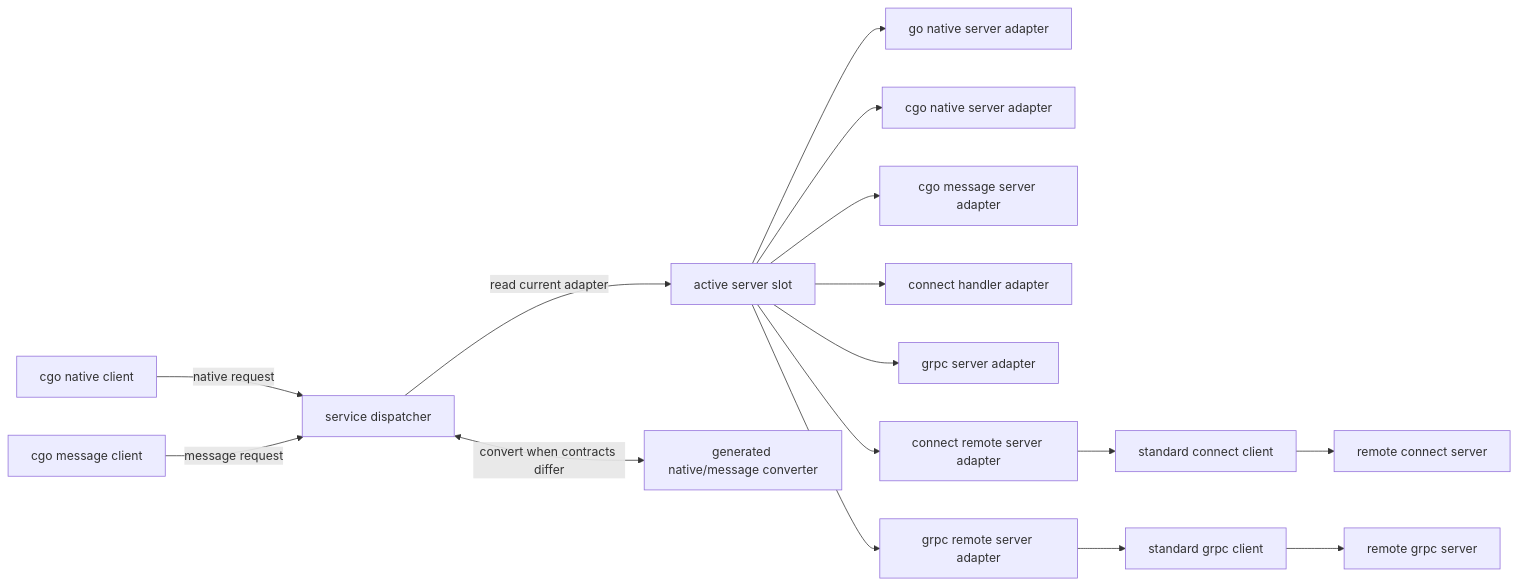
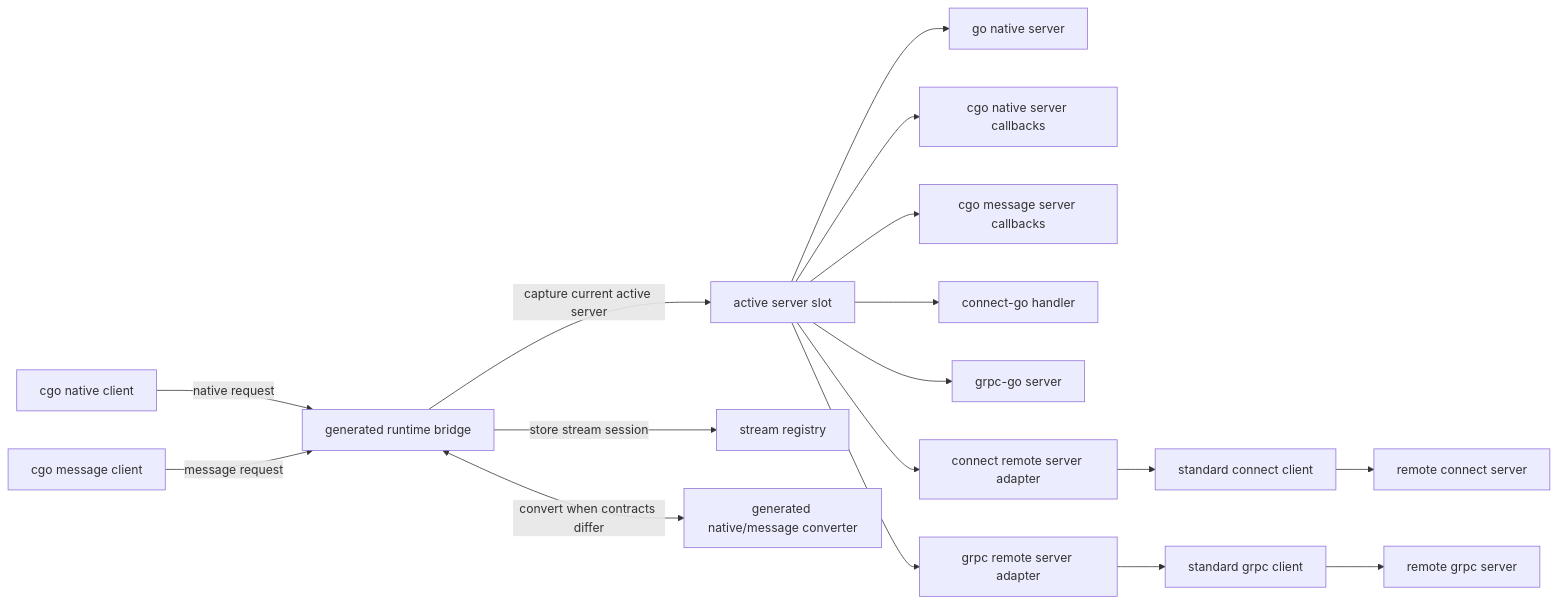
The diagram in docs/specs/2026-04-27-rpccgo-modular-dispatcher-architecture.md (ygrpc/rpccgo), drawn with Mermaid before and after one commit. The commit also changed other lines of this file and 2 other files, not shown here.

First line of the commit message:
refactor: document direct message server registration

````diff
--- a/docs/specs/2026-04-27-rpccgo-modular-dispatcher-architecture.md
+++ b/docs/specs/2026-04-27-rpccgo-modular-dispatcher-architecture.md
@@ -17,38 +17,40 @@
 ```mermaid
 flowchart LR
     CNativeClient["cgo native client"]
     CMessageClient["cgo message client"]
-    Dispatcher["service dispatcher"]
+    Bridge["generated runtime bridge"]
     Slot["active server slot"]
+    Streams["stream registry"]
     Converter["generated native/message converter"]
 
-    GoNative["go native server adapter"]
-    CGONative["cgo native server adapter"]
-    CGOMessage["cgo message server adapter"]
-    ConnectHandler["connect handler adapter"]
-    GRPCServer["grpc server adapter"]
+    GoNative["go native server"]
+    CGONative["cgo native server callbacks"]
+    CGOMessage["cgo message server callbacks"]
+    ConnectHandler["connect-go handler"]
+    GRPCServer["grpc-go server"]
     ConnectRemote["connect remote server adapter"]
     GRPCRemote["grpc remote server adapter"]
 
     ConnectClient["standard connect client"]
     GRPCClient["standard grpc client"]
     RemoteConnectServer["remote connect server"]
     RemoteGRPCServer["remote grpc server"]
 
-    CNativeClient -->|"native request"| Dispatcher
-    CMessageClient -->|"message request"| Dispatcher
+    CNativeClient -->|"native request"| Bridge
+    CMessageClient -->|"message request"| Bridge
 
-    Dispatcher -->|"read current adapter"| Slot
-    Dispatcher <-->|"convert when contracts differ"| Converter
+    Bridge -->|"capture current active server"| Slot
+    Bridge -->|"store stream session"| Streams
+    Bridge <-->|"convert when contracts differ"| Converter
 
     Slot --> GoNative
     Slot --> CGONative
     Slot --> CGOMessage
     Slot --> ConnectHandler
     Slot --> GRPCServer
     Slot --> ConnectRemote
     Slot --> GRPCRemote
 
     ConnectRemote --> ConnectClient --> RemoteConnectServer
     GRPCRemote --> GRPCClient --> RemoteGRPCServer
 ```
````
